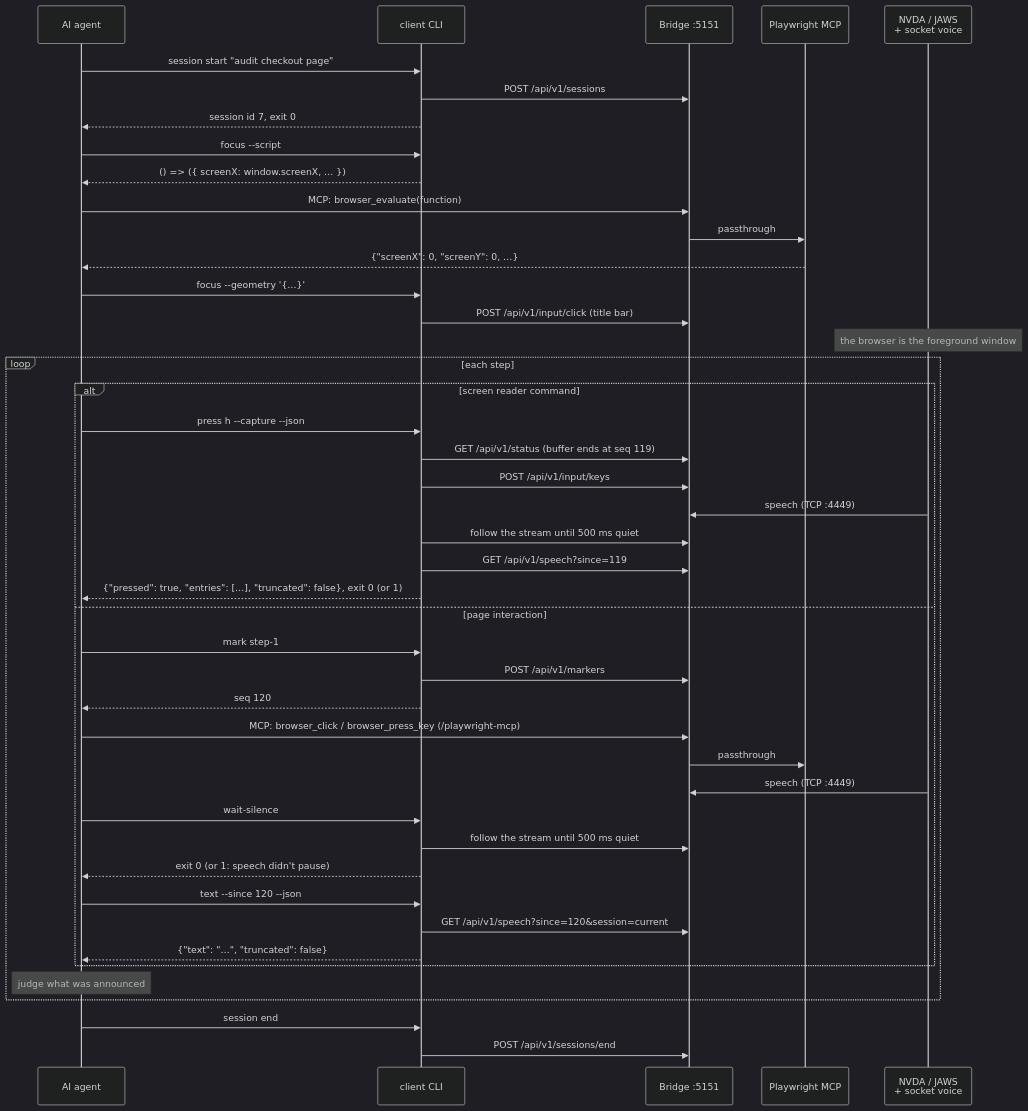
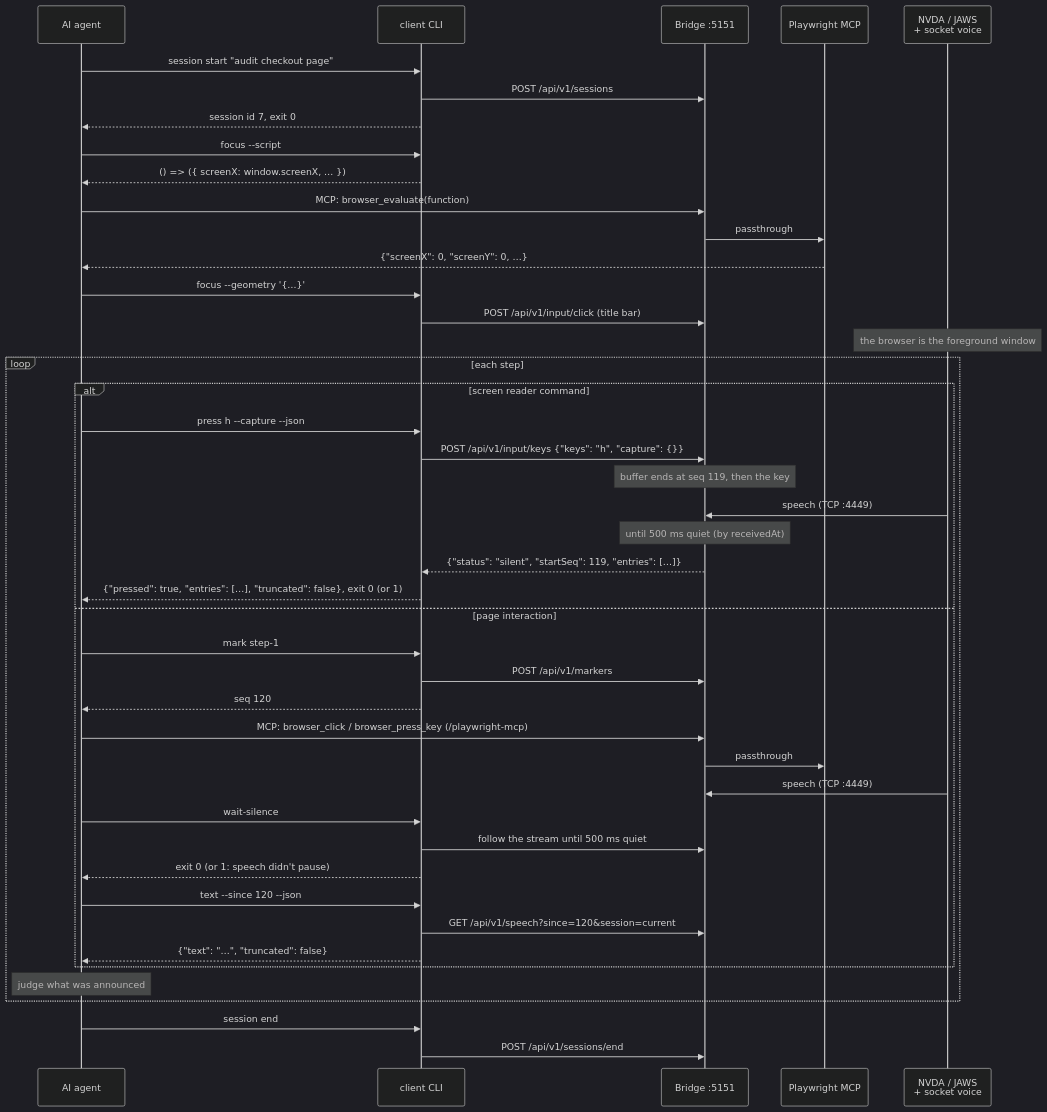
Before and after one commit to TimoSto/screenreader-speech-capture: the first of 2 diagrams in docs/usage/flows/agents.md, drawn with Mermaid (dark theme). The commit also changed 48 other files, not shown here.

First line of the commit message:
feat(bridge,client): capture the speech of native input on the bridge (#216)

````diff
--- a/docs/usage/flows/agents.md
+++ b/docs/usage/flows/agents.md
@@ -19,47 +19,47 @@
 ```mermaid
 sequenceDiagram
     participant A as AI agent
     participant CLI as client CLI
     participant B as Bridge :5151
     participant MCP as Playwright MCP
     participant SR as NVDA / JAWS<br/>+ socket voice
 
     A->>CLI: session start "audit checkout page"
     CLI->>B: POST /api/v1/sessions
     CLI-->>A: session id 7, exit 0
     A->>CLI: focus --script
     CLI-->>A: () => ({ screenX: window.screenX, … })
     A->>B: MCP: browser_evaluate(function)
     B->>MCP: passthrough
     MCP-->>A: {"screenX": 0, "screenY": 0, …}
     A->>CLI: focus --geometry '{…}'
     CLI->>B: POST /api/v1/input/click (title bar)
     Note over SR: the browser is the foreground window
     loop each step
         alt screen reader command
             A->>CLI: press h --capture --json
-            CLI->>B: GET /api/v1/status (buffer ends at seq 119)
-            CLI->>B: POST /api/v1/input/keys
+            CLI->>B: POST /api/v1/input/keys {"keys": "h", "capture": {}}
+            Note over B: buffer ends at seq 119, then the key
             SR->>B: speech (TCP :4449)
-            CLI->>B: follow the stream until 500 ms quiet
-            CLI->>B: GET /api/v1/speech?since=119
+            Note over B: until 500 ms quiet (by receivedAt)
+            B-->>CLI: {"status": "silent", "startSeq": 119, "entries": […]}
             CLI-->>A: {"pressed": true, "entries": […], "truncated": false}, exit 0 (or 1)
         else page interaction
             A->>CLI: mark step-1
             CLI->>B: POST /api/v1/markers
             CLI-->>A: seq 120
             A->>B: MCP: browser_click / browser_press_key (/playwright-mcp)
             B->>MCP: passthrough
             SR->>B: speech (TCP :4449)
             A->>CLI: wait-silence
             CLI->>B: follow the stream until 500 ms quiet
             CLI-->>A: exit 0 (or 1: speech didn't pause)
             A->>CLI: text --since 120 --json
             CLI->>B: GET /api/v1/speech?since=120&session=current
             CLI-->>A: {"text": "…", "truncated": false}
         end
         Note over A: judge what was announced
     end
     A->>CLI: session end
     CLI->>B: POST /api/v1/sessions/end
 ```
````
